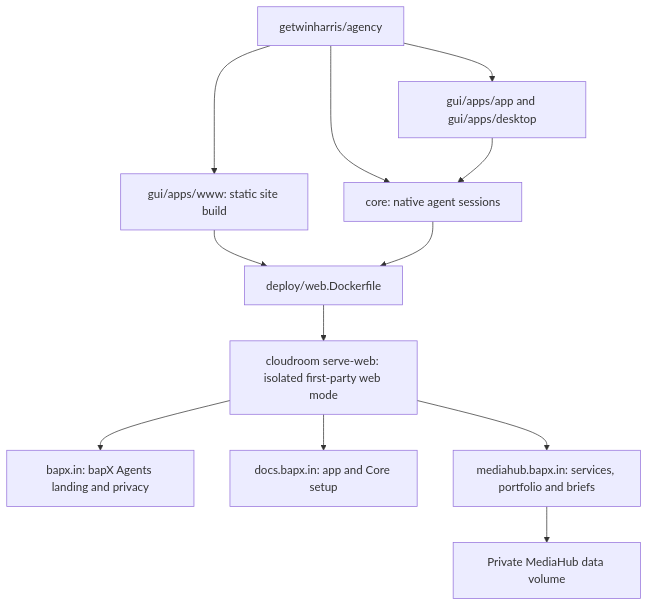
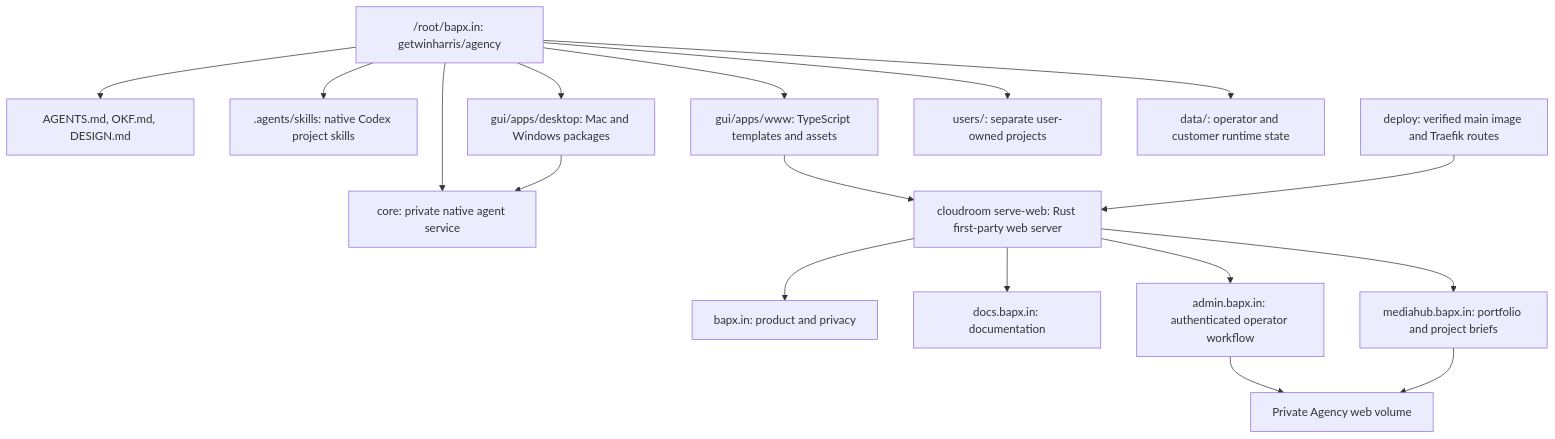
Before and after one commit to getwinharris/agency: the diagram in map.mmd, drawn with Mermaid. The commit also changed 60 other files, not shown here.

Commit message:
Complete bapX Agency web and desktop cutover

```diff
--- a/map.mmd
+++ b/map.mmd
@@ -1,22 +1,28 @@
 flowchart TD
-  source["getwinharris/agency"]
-  gui["gui/apps/app and gui/apps/desktop"]
-  core["core: native agent sessions"]
-  web["gui/apps/www: static site build"]
-  rustweb["cloudroom serve-web: isolated first-party web mode"]
-  image["deploy/web.Dockerfile"]
-  landing["bapx.in: bapX Agents landing and privacy"]
-  docs["docs.bapx.in: app and Core setup"]
-  mediahub["mediahub.bapx.in: services, portfolio and briefs"]
-  private["Private MediaHub data volume"]
-  source --> gui
-  source --> core
-  source --> web
-  gui --> core
-  web --> image
-  core --> image
-  image --> rustweb
-  rustweb --> landing
-  rustweb --> docs
-  rustweb --> mediahub
-  mediahub --> private
+  root["/root/bapx.in: getwinharris/agency"]
+  contracts["AGENTS.md, OKF.md, DESIGN.md"]
+  codex[".agents/skills: native Codex project skills"]
+  web["gui/apps/www: TypeScript templates and assets"]
+  desktop["gui/apps/desktop: Mac and Windows packages"]
+  core["core: private native agent service"]
+  webMode["cloudroom serve-web: Rust first-party web server"]
+  deploy["deploy: verified main image and Traefik routes"]
+
+  root --> contracts
+  root --> codex
+  root --> web
+  root --> desktop
+  root --> core
+  web --> webMode
+  deploy --> webMode
+
+  webMode --> landing["bapx.in: product and privacy"]
+  webMode --> docs["docs.bapx.in: documentation"]
+  webMode --> mediahub["mediahub.bapx.in: portfolio and project briefs"]
+  webMode --> admin["admin.bapx.in: authenticated operator workflow"]
+  admin --> privateData["Private Agency web volume"]
+  mediahub --> privateData
+
+  desktop --> core
+  root --> users["users/: separate user-owned projects"]
+  root --> runtimeData["data/: operator and customer runtime state"]
```
